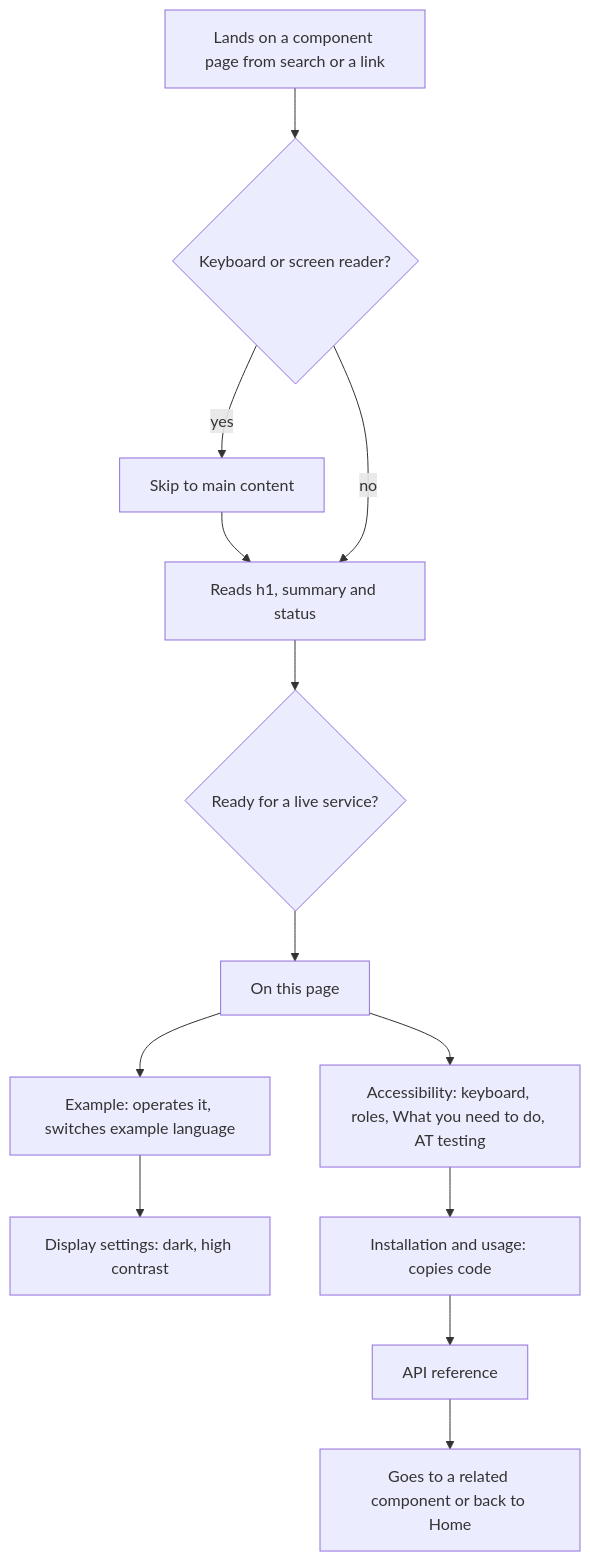
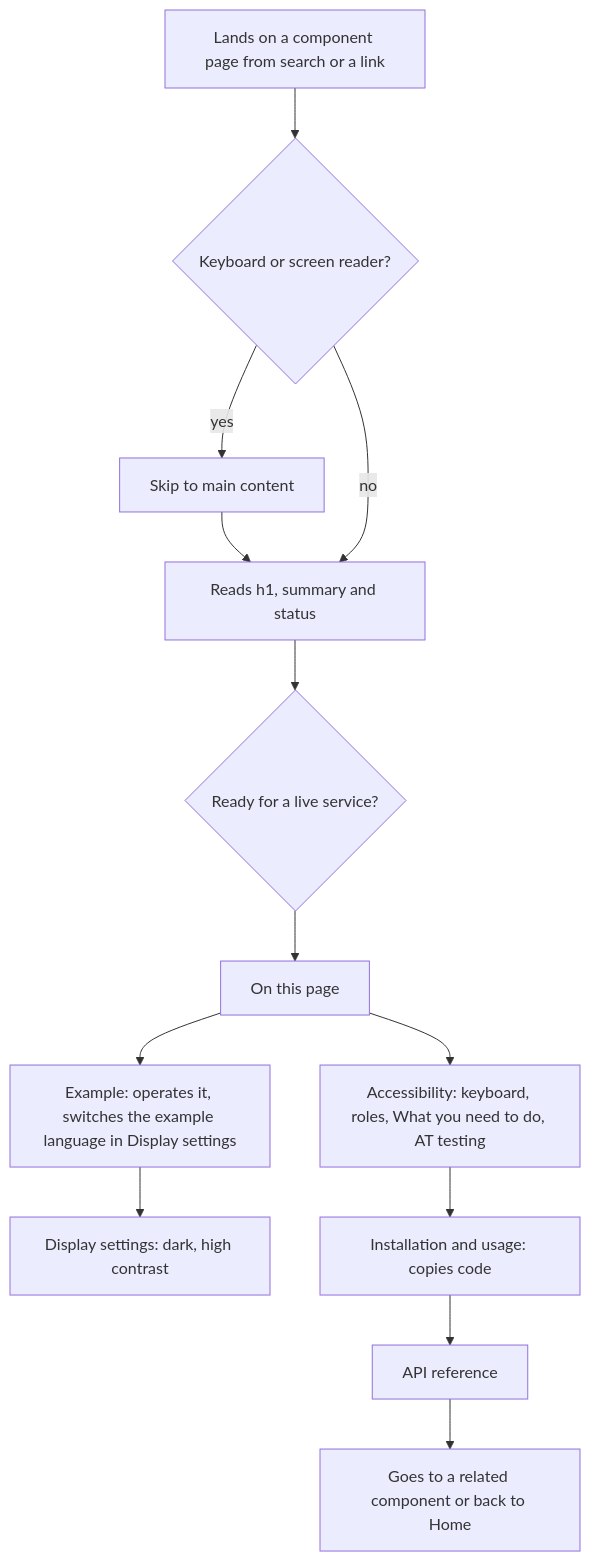
The diagram in docs/design/docs-site.md (kvirn/ui), drawn with Mermaid before and after one commit. The commit also changed other lines of this file and 7 other files, not shown here.

First line of the commit message:
feat(docs): tidy the example frame, display settings and the docs code design

````diff
--- a/docs/design/docs-site.md
+++ b/docs/design/docs-site.md
@@ -78,14 +78,14 @@
 ```mermaid
 flowchart TD
   land[Lands on a component page from search or a link] --> skip{Keyboard or screen reader?}
   skip -- yes --> skipLink[Skip to main content] --> h1
   skip -- no --> h1[Reads h1, summary and status]
   h1 --> status{Ready for a live service?}
   status --> contents[On this page]
   contents --> a11y[Accessibility: keyboard, roles, What you need to do, AT testing]
-  contents --> example[Example: operates it, switches example language]
+  contents --> example[Example: operates it, switches the example language in Display settings]
   example --> theme[Display settings: dark, high contrast]
   a11y --> usage[Installation and usage: copies code]
   usage --> api[API reference]
   api --> next[Goes to a related component or back to Home]
 ```
````
